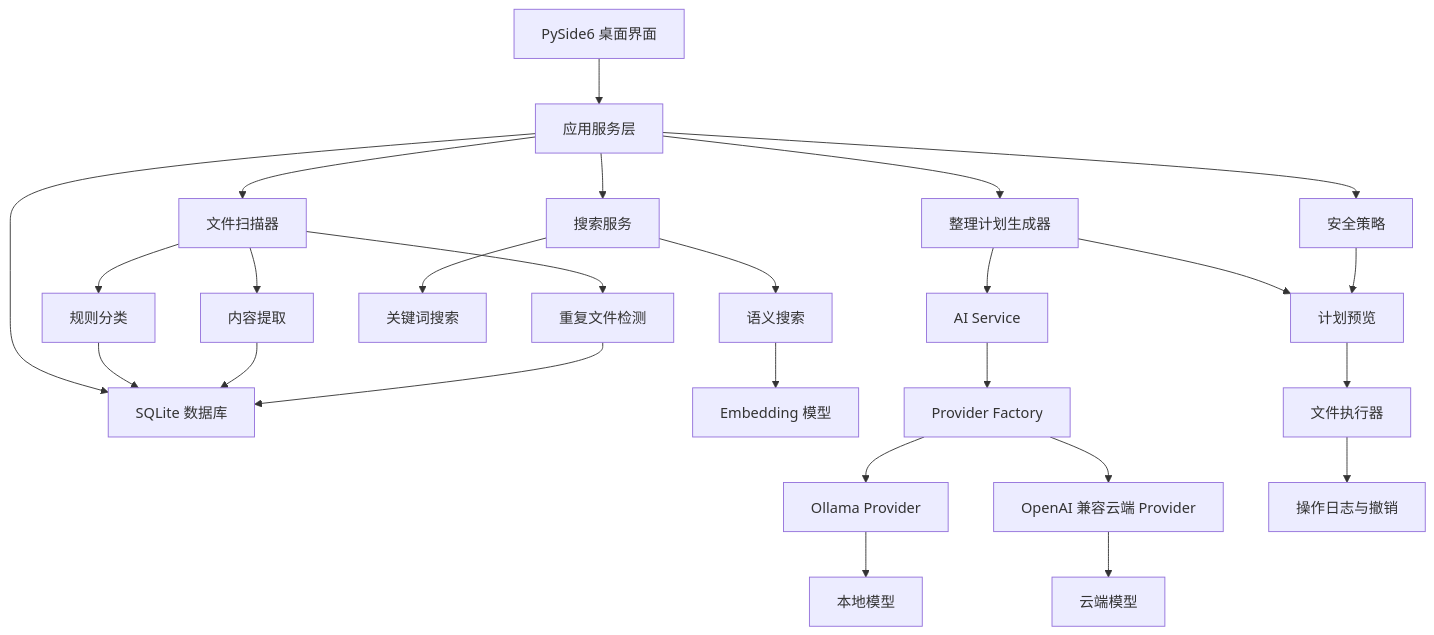
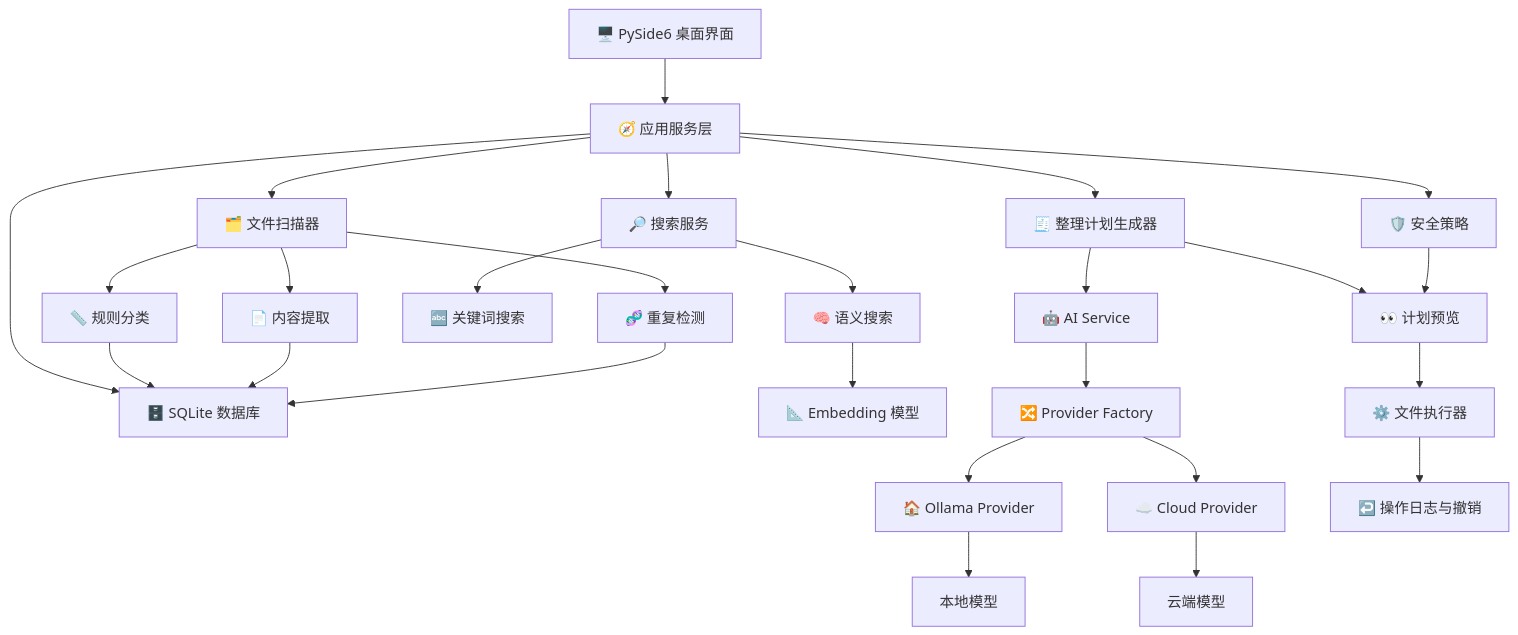
Before and after one commit to DoTrungHuy/DiskWise: the diagram in README.md, drawn with Mermaid. The commit also changed other lines of this file, not shown here.

````diff
--- a/README.md
+++ b/README.md
@@ -156,35 +157,35 @@
 ```mermaid
 flowchart TD
-    UI["PySide6 桌面界面"] --> APP["应用服务层"]
+    UI["🖥️ PySide6 桌面界面"] --> APP["🧭 应用服务层"]
 
-    APP --> SCAN["文件扫描器"]
-    APP --> SEARCH["搜索服务"]
-    APP --> PLAN["整理计划生成器"]
-    APP --> DB["SQLite 数据库"]
-    APP --> SAFE["安全策略"]
+    APP --> SCAN["🗂️ 文件扫描器"]
+    APP --> SEARCH["🔎 搜索服务"]
+    APP --> PLAN["🧾 整理计划生成器"]
+    APP --> DB["🗄️ SQLite 数据库"]
+    APP --> SAFE["🛡️ 安全策略"]
 
-    SCAN --> RULES["规则分类"]
-    SCAN --> EXTRACT["内容提取"]
-    SCAN --> DUP["重复文件检测"]
+    SCAN --> RULES["📏 规则分类"]
+    SCAN --> EXTRACT["📄 内容提取"]
+    SCAN --> DUP["🧬 重复检测"]
 
     RULES --> DB
     EXTRACT --> DB
     DUP --> DB
 
-    SEARCH --> KEYWORD["关键词搜索"]
-    SEARCH --> SEMANTIC["语义搜索"]
-    SEMANTIC --> EMBED["Embedding 模型"]
+    SEARCH --> KEYWORD["🔤 关键词搜索"]
+    SEARCH --> SEMANTIC["🧠 语义搜索"]
+    SEMANTIC --> EMBED["📐 Embedding 模型"]
 
-    PLAN --> AI["AI Service"]
-    AI --> ROUTER["Provider Factory"]
-    ROUTER --> OLLAMA["Ollama Provider"]
-    ROUTER --> CLOUD["OpenAI 兼容云端 Provider"]
+    PLAN --> AI["🤖 AI Service"]
+    AI --> ROUTER["🔀 Provider Factory"]
+    ROUTER --> OLLAMA["🏠 Ollama Provider"]
+    ROUTER --> CLOUD["☁️ Cloud Provider"]
 
     OLLAMA --> LOCAL["本地模型"]
     CLOUD --> REMOTE["云端模型"]
 
-    PLAN --> PREVIEW["计划预览"]
-    PREVIEW --> EXEC["文件执行器"]
-    EXEC --> JOURNAL["操作日志与撤销"]
+    PLAN --> PREVIEW["👀 计划预览"]
+    PREVIEW --> EXEC["⚙️ 文件执行器"]
+    EXEC --> JOURNAL["↩️ 操作日志与撤销"]
     SAFE --> PREVIEW
 ```
````
